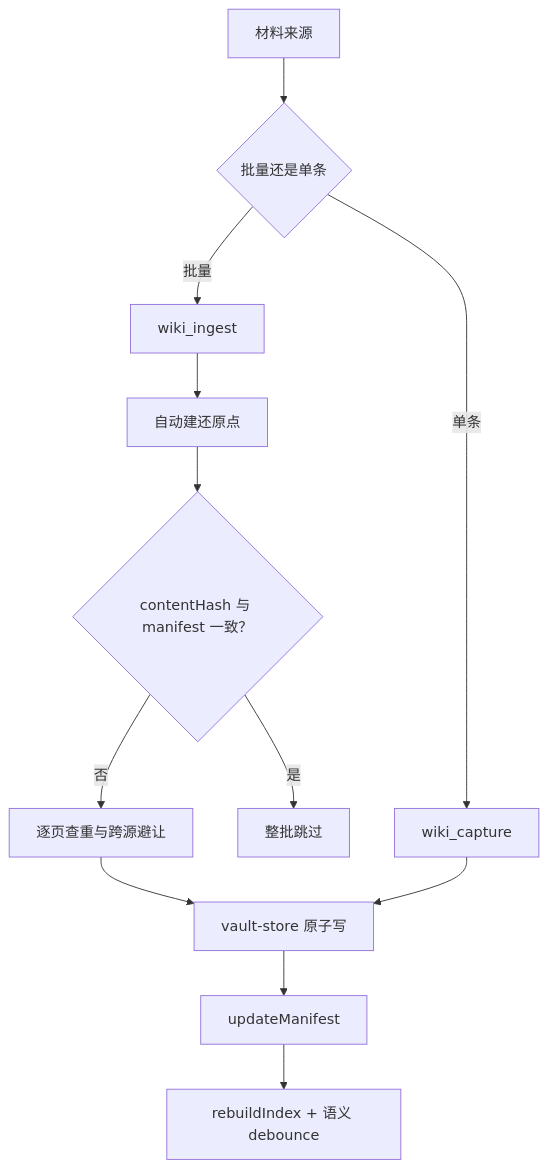
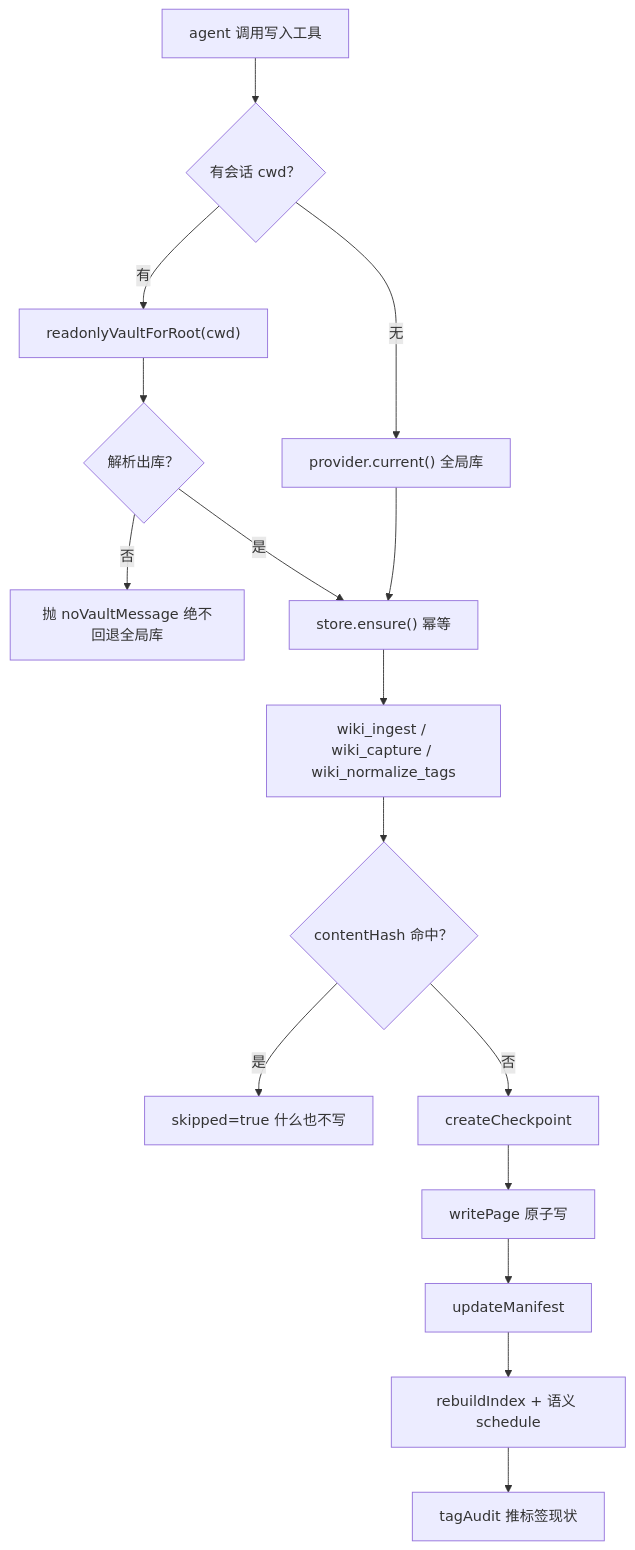
The first of 2 diagrams in .wiki/projects/capability-知识写入.md (yangdongzhen590/dsh-knj-obsidian), drawn with Mermaid before and after one commit. The commit also changed other lines of this file and 40 other files, not shown here.

````diff
--- a/.wiki/projects/capability-知识写入.md
+++ b/.wiki/projects/capability-知识写入.md
@@ -122,14 +163,18 @@
 ```mermaid
 graph TD
-  A[材料来源] --> B{批量还是单条}
-  B -->|批量| C[wiki_ingest]
-  B -->|单条| D[wiki_capture]
-  C --> E[自动建还原点]
-  E --> F{contentHash 与 manifest 一致？}
-  F -->|是| G[整批跳过]
-  F -->|否| H[逐页查重与跨源避让]
-  H --> I[vault-store 原子写]
-  I --> J[updateManifest]
-  J --> K[rebuildIndex + 语义 debounce]
-  D --> I
+  A["agent 调用写入工具"] --> B{"有会话 cwd？"}
+  B -->|有| C["readonlyVaultForRoot(cwd)"]
+  B -->|无| D["provider.current() 全局库"]
+  C --> E{"解析出库？"}
+  E -->|否| F["抛 noVaultMessage 绝不回退全局库"]
+  E -->|是| G["store.ensure() 幂等"]
+  D --> G
+  G --> H["wiki_ingest / wiki_capture / wiki_normalize_tags"]
+  H --> I{"contentHash 命中？"}
+  I -->|是| J["skipped=true 什么也不写"]
+  I -->|否| K["createCheckpoint"]
+  K --> L["writePage 原子写"]
+  L --> M["updateManifest"]
+  M --> N["rebuildIndex + 语义 schedule"]
+  N --> O["tagAudit 推标签现状"]
 ```
````
